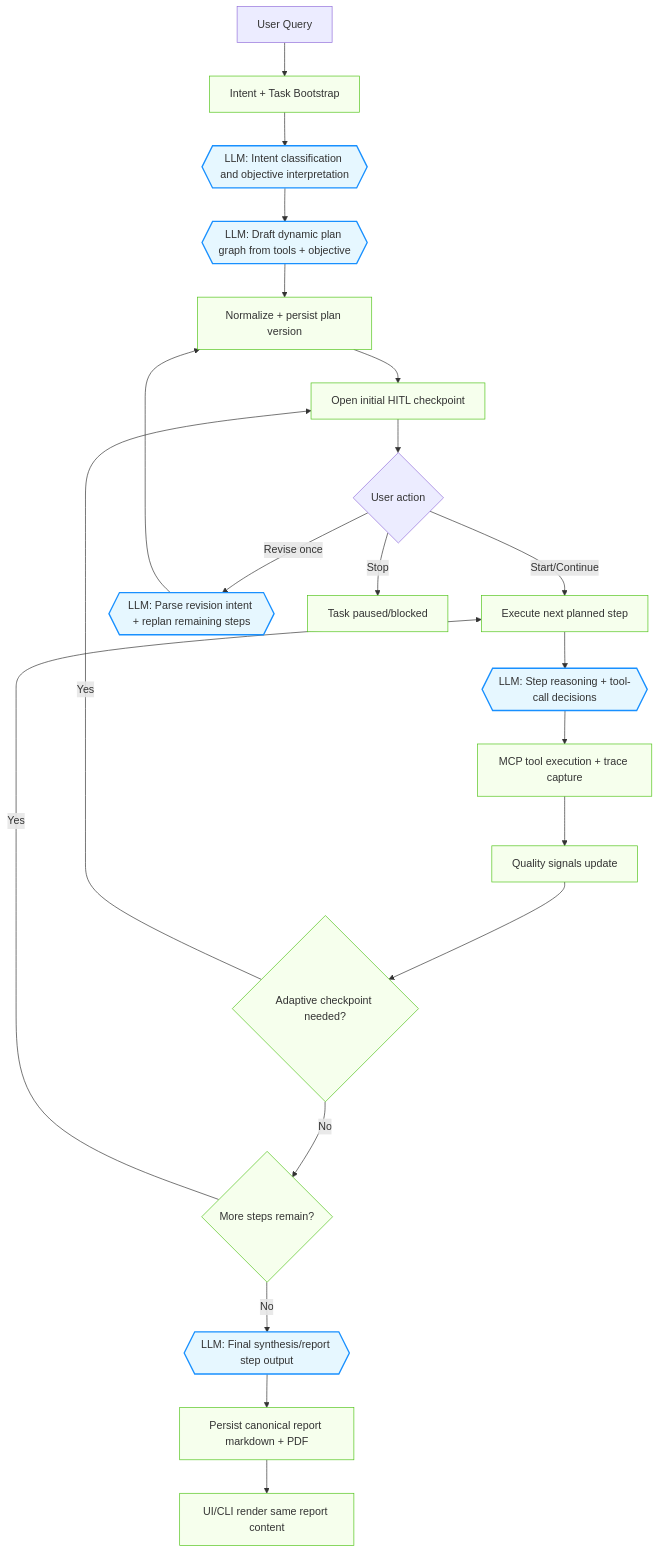
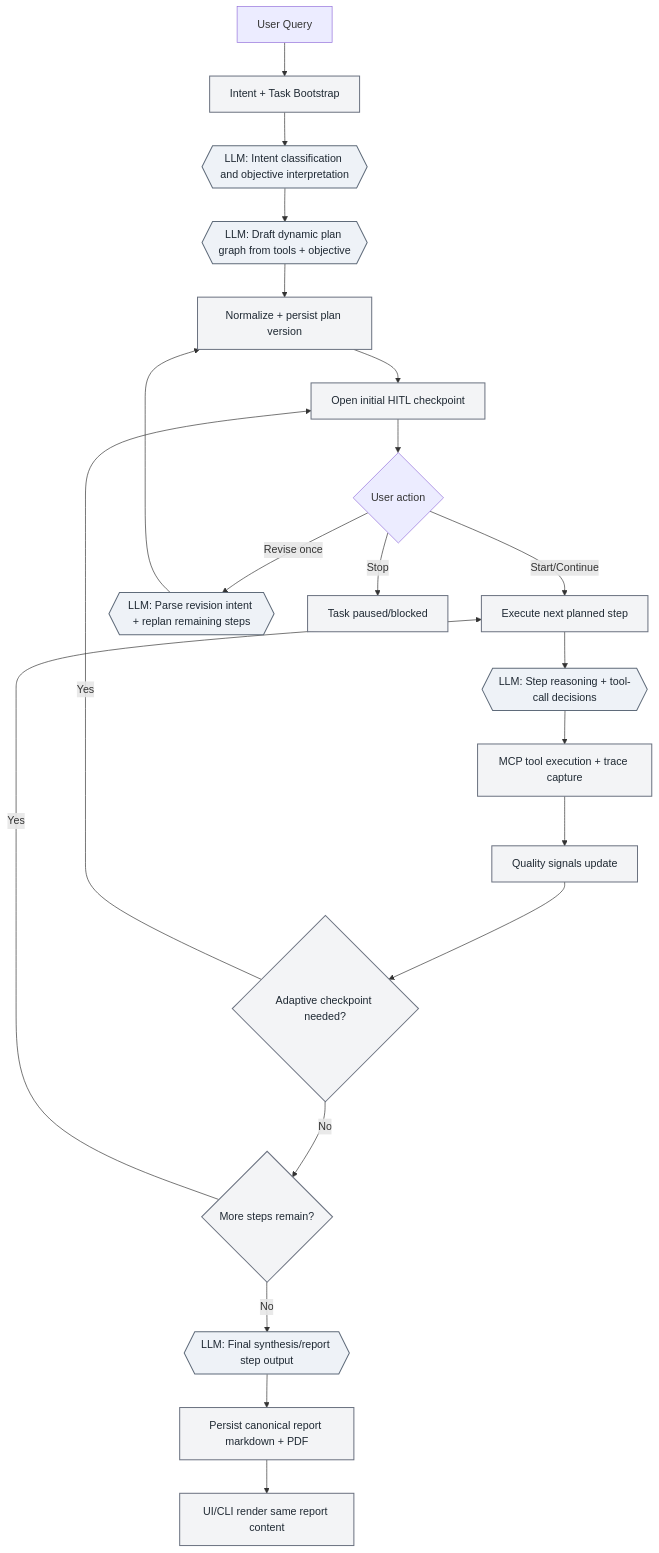
The diagram in README.md (povilaskarvelis/neuro-copilot), drawn with Mermaid before and after one commit.

Commit message:
Adjust README dynamic workflow chart styling for light/dark theme readability.
This narrows node color contrast and sets explicit label color so Mermaid flowchart text remains legible across editor themes.

````diff
--- a/README.md
+++ b/README.md
@@ -39,29 +39,29 @@
 ```mermaid
 flowchart TD
     A[User Query] --> B[Intent + Task Bootstrap]
     B --> C{{LLM: Intent classification and objective interpretation}}
     C --> D{{LLM: Draft dynamic plan graph from tools + objective}}
     D --> E[Normalize + persist plan version]
     E --> F[Open initial HITL checkpoint]
     F --> G{User action}
     G -->|Start/Continue| H[Execute next planned step]
     G -->|Revise once| I{{LLM: Parse revision intent + replan remaining steps}}
     I --> E
     G -->|Stop| Z[Task paused/blocked]
 
     H --> J{{LLM: Step reasoning + tool-call decisions}}
     J --> K[MCP tool execution + trace capture]
     K --> L[Quality signals update]
     L --> M{Adaptive checkpoint needed?}
     M -->|Yes| F
     M -->|No| N{More steps remain?}
     N -->|Yes| H
     N -->|No| O{{LLM: Final synthesis/report step output}}
     O --> P[Persist canonical report markdown + PDF]
     P --> Q[UI/CLI render same report content]
 
-    classDef llm fill:#e6f7ff,stroke:#1890ff,stroke-width:2px;
-    classDef guard fill:#f6ffed,stroke:#52c41a,stroke-width:1px;
+    classDef llm fill:#eef2f7,stroke:#5f6b7a,stroke-width:1.5px,color:#1f2933;
+    classDef guard fill:#f3f4f6,stroke:#6b7280,stroke-width:1.5px,color:#1f2933;
     class C,D,I,J,O llm;
     class B,E,F,H,K,L,M,N,P,Q,Z guard;
 ```
````
